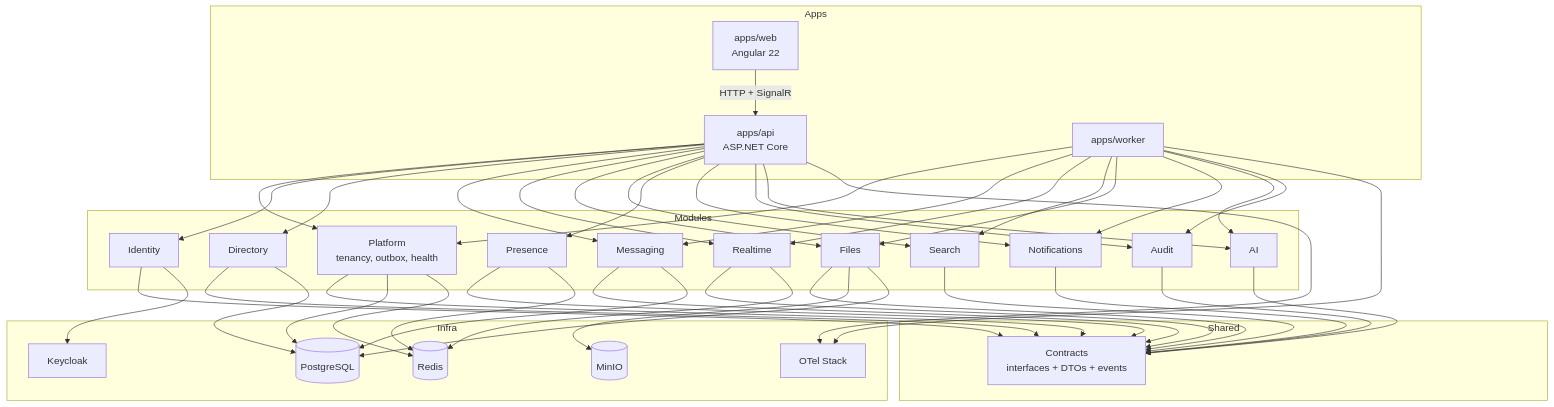
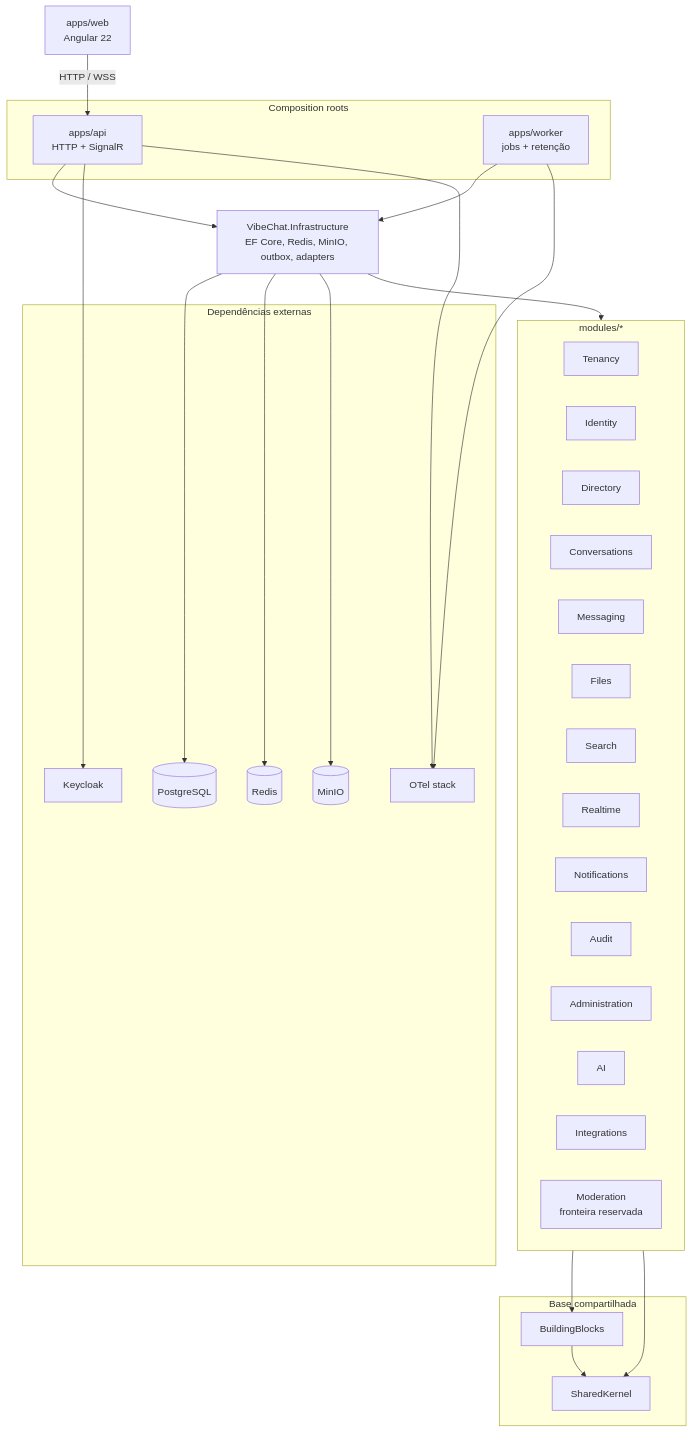
The diagram in docs/architecture/diagrama-modulos.md (Guigass/vibe-chat), drawn with Mermaid before and after one commit. The commit also changed other lines of this file and 20 other files, not shown here.

Commit message:
Document current architecture and environment configuration inventory

````diff
--- a/docs/architecture/diagrama-modulos.md
+++ b/docs/architecture/diagrama-modulos.md
@@ -5,80 +9,56 @@
 ```mermaid
 flowchart TB
-  subgraph Apps
-    WEB[apps/web<br/>Angular 22]
-    API[apps/api<br/>ASP.NET Core]
-    WRK[apps/worker]
+  WEB["apps/web<br/>Angular 22"]
+
+  subgraph Roots["Composition roots"]
+    API["apps/api<br/>HTTP + SignalR"]
+    WRK["apps/worker<br/>jobs + retenção"]
   end
 
-  subgraph Modules
-    PLAT[Platform<br/>tenancy, outbox, health]
-    ID[Identity]
-    DIR[Directory]
-    MSG[Messaging]
-    RT[Realtime]
-    FILES[Files]
-    SEARCH[Search]
-    PRES[Presence]
-    NOTIF[Notifications]
-    AUDIT[Audit]
-    AI[AI]
+  subgraph Domain["modules/*"]
+    TEN["Tenancy"]
+    ID["Identity"]
+    DIR["Directory"]
+    CONV["Conversations"]
+    MSG["Messaging"]
+    FILES["Files"]
+    SEARCH["Search"]
+    RT["Realtime"]
+    NOTIF["Notifications"]
+    AUDIT["Audit"]
+    ADMIN["Administration"]
+    AI["AI"]
+    INT["Integrations"]
+    MOD["Moderation<br/>fronteira reservada"]
   end
 
-  subgraph Shared
-    CTR[Contracts<br/>interfaces + DTOs + events]
+  subgraph Shared["Base compartilhada"]
+    BB["BuildingBlocks"]
+    SK["SharedKernel"]
   end
 
-  subgraph Infra
-    PG[(PostgreSQL)]
-    RD[(Redis)]
-    S3[(MinIO)]
-    KC[Keycloak]
-    OTEL[OTel Stack]
+  INFRA["VibeChat.Infrastructure<br/>EF Core, Redis, MinIO, outbox, adapters"]
+
+  subgraph External["Dependências externas"]
+    PG[("PostgreSQL")]
+    RD[("Redis")]
+    S3[("MinIO")]
+    KC["Keycloak"]
+    OTEL["OTel stack"]
   end
 
-  WEB -->|HTTP + SignalR| API
-  API --> PLAT
-  API --> ID
-  API --> DIR
-  API --> MSG
-  API --> RT
-  API --> FILES
-  API --> SEARCH
-  API --> PRES
-  API --> NOTIF
-  API --> AUDIT
-  API --> AI
+  WEB -->|"HTTP / WSS"| API
+  API --> INFRA
+  WRK --> INFRA
+  INFRA --> Domain
+  Domain --> BB
+  Domain --> SK
+  BB --> SK
 
-  WRK --> PLAT
-  WRK --> MSG
-  WRK --> RT
-  WRK --> SEARCH
-  WRK --> FILES
-  WRK --> NOTIF
-  WRK --> AI
-  WRK --> AUDIT
-
-  ID --> CTR
-  DIR --> CTR
-  MSG --> CTR
-  RT --> CTR
-  FILES --> CTR
-  SEARCH --> CTR
-  PRES --> CTR
-  NOTIF --> CTR
-  AUDIT --> CTR
-  AI --> CTR
-  PLAT --> CTR
-
-  ID --> KC
-  PLAT --> PG
-  MSG --> PG
-  DIR --> PG
-  FILES --> S3
-  FILES --> PG
-  PRES --> RD
-  RT --> RD
-  PLAT --> RD
+  API --> KC
+  INFRA --> PG
+  INFRA --> RD
+  INFRA --> S3
   API --> OTEL
   WRK --> OTEL
 ```
````
